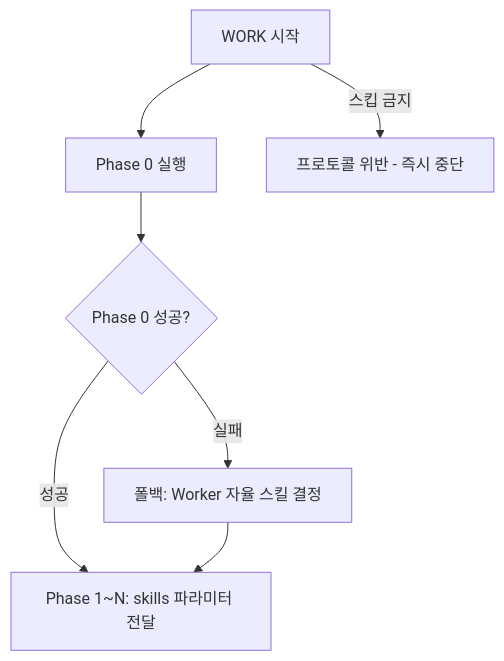
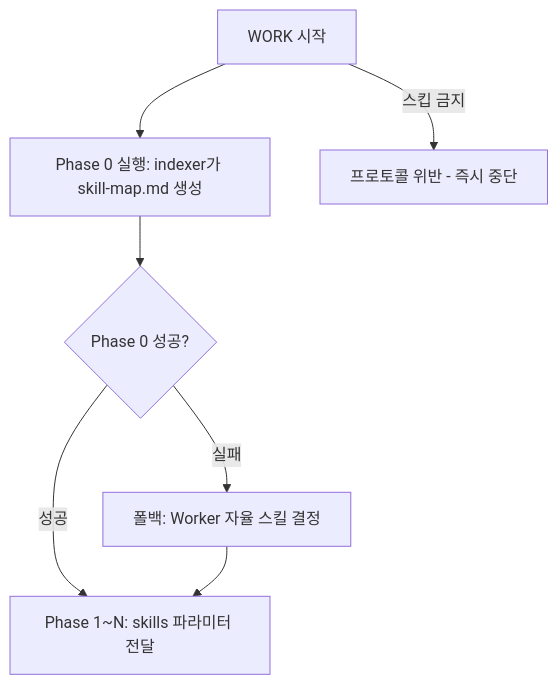
The diagram in .claude/skills/workflow-agent-work/reference/phase0-guide.md (KoreanLeeChangHyun/claude-workflow), drawn with Mermaid before and after one commit. The commit also changed other lines of this file and 47 other files, not shown here.

Commit message:
feat: indexer/validator 에이전트 추가 및 WORK Phase 병렬 실행·스킬 카탈로그 시스템 도입

````diff
--- a/.claude/skills/workflow-agent-work/reference/phase0-guide.md
+++ b/.claude/skills/workflow-agent-work/reference/phase0-guide.md
@@ -13,9 +13,9 @@
 ```mermaid
 flowchart TD
-    START[WORK 시작] --> P0[Phase 0 실행]
+    START[WORK 시작] --> P0[Phase 0 실행: indexer가 skill-map.md 생성]
     START -->|"스킵 금지"| VIOLATION[프로토콜 위반 - 즉시 중단]
     P0 --> P0R{Phase 0 성공?}
     P0R -->|성공| P1S[Phase 1~N: skills 파라미터 전달]
     P0R -->|실패| FALLBACK[폴백: Worker 자율 스킬 결정]
     FALLBACK --> P1S
 ```
````
